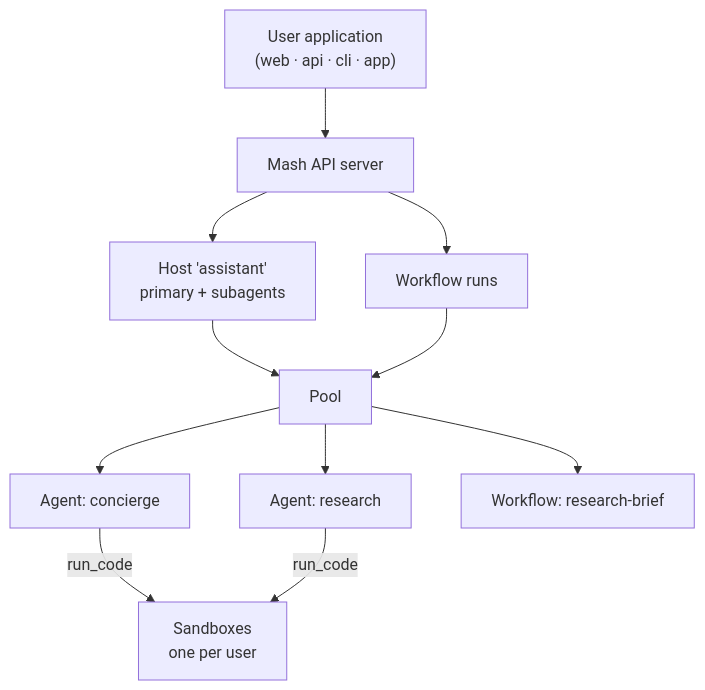
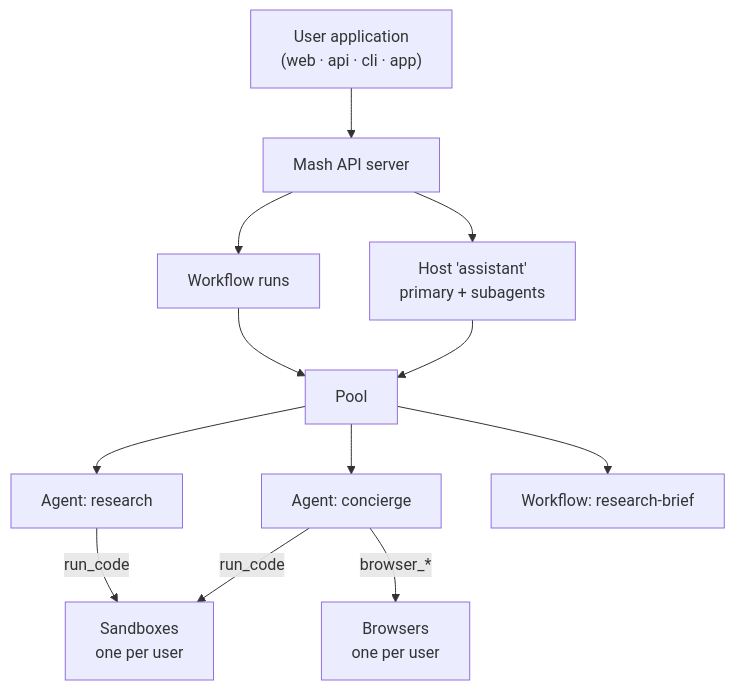
Before and after one commit to imsid/mashpy: the diagram in docs/posts/product-brief.md, drawn with Mermaid. The commit also changed other lines of this file and 80 other files, not shown here.

First line of the commit message:
feat(browser): give agents a per-user browser driven through Playwright MCP (#253)

````diff
--- a/docs/posts/product-brief.md
+++ b/docs/posts/product-brief.md
@@ -122,13 +149,14 @@
 ```mermaid
 flowchart TD
     U["User application<br/>(web · api · cli · app)"] --> API["Mash API server"]
     API --> HO["Host 'assistant'<br/>primary + subagents"]
     API --> WF["Workflow runs"]
     HO --> P["Pool"]
     WF --> P
     P --> A1["Agent: concierge"]
     P --> A2["Agent: research"]
     P --> W1["Workflow: research-brief"]
     A1 -- "run_code" --> S["Sandboxes<br/>one per user"]
     A2 -- "run_code" --> S
+    A1 -- "browser_*" --> B["Browsers<br/>one per user"]
 ```
````
